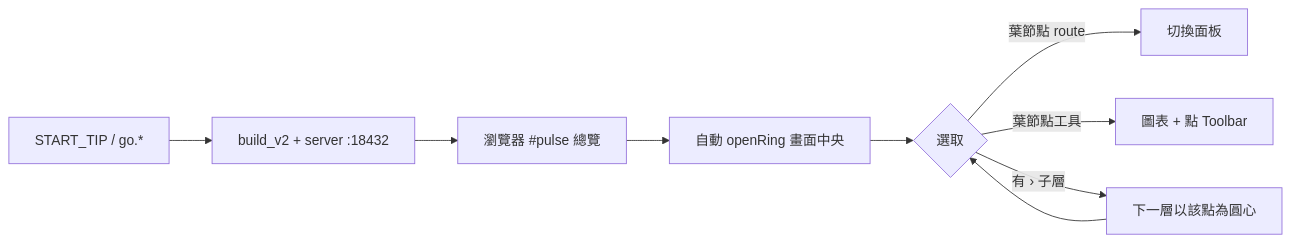
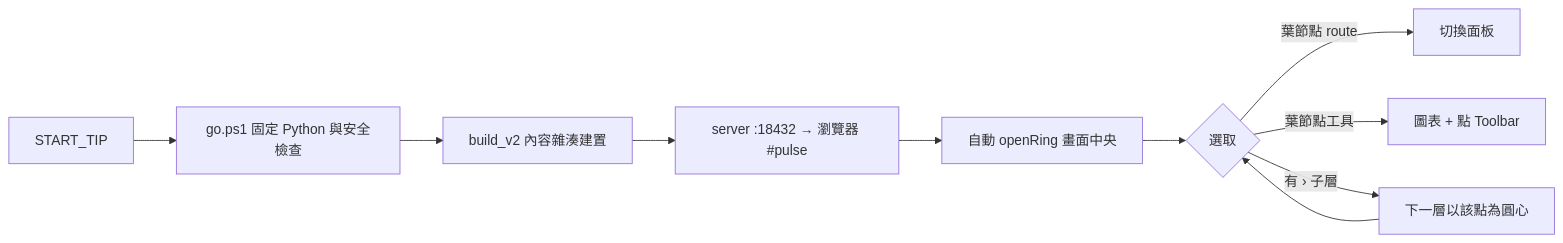
One commit to SamHuang68/AI_Stock changed the first of 4 diagrams in docs/TIP_UX.md. Above: the diagram before and after it, drawn with Mermaid. The commit also changed other lines of this file and 160 other files, not shown here.

````diff
--- a/docs/TIP_UX.md
+++ b/docs/TIP_UX.md
@@ -25,11 +25,12 @@
 ```mermaid
 flowchart LR
-  A[START_TIP / go.*] --> B[build_v2 + server :18432]
-  B --> C[瀏覽器 #pulse 總覽]
+  A[START_TIP] --> B[go.ps1 固定 Python 與安全檢查]
+  B --> C0[build_v2 內容雜湊建置]
+  C0 --> C[server :18432 → 瀏覽器 #pulse]
   C --> D[自動 openRing 畫面中央]
   D --> E{選取}
   E -->|葉節點 route| F[切換面板]
   E -->|葉節點工具| G[圖表 + 點 Toolbar]
   E -->|有 › 子層| H[下一層以該點為圓心]
   H --> E
 ```
````
